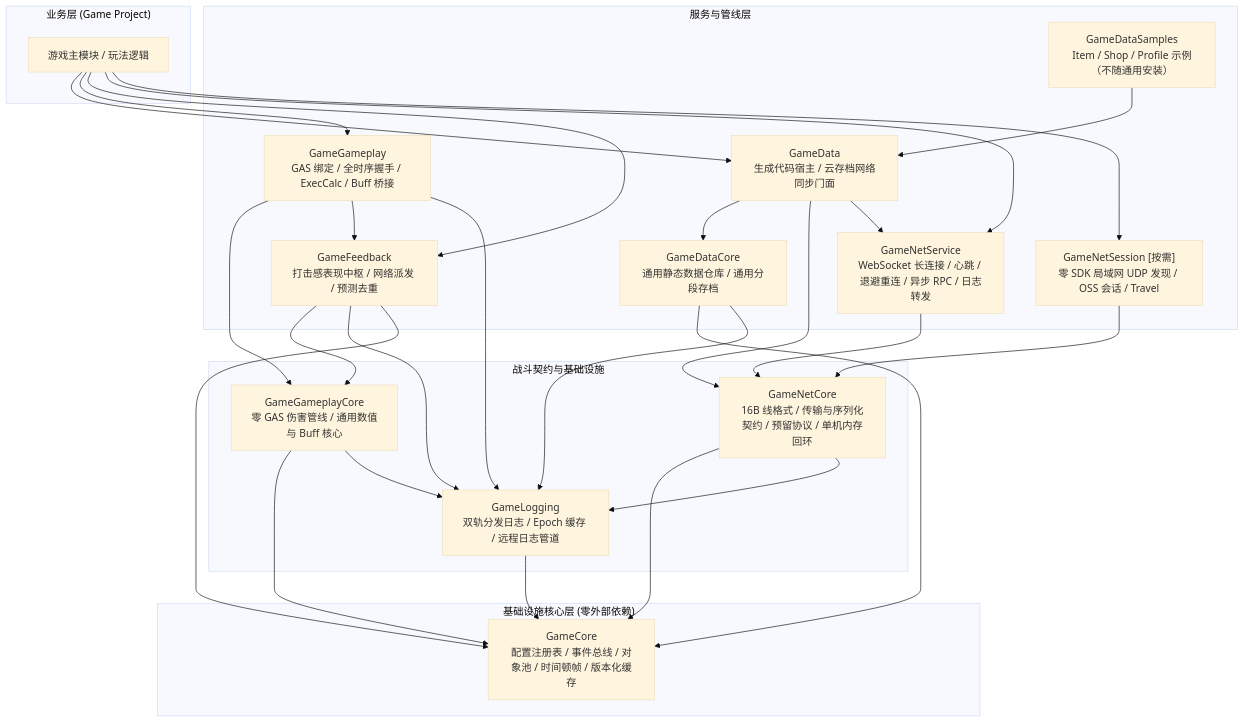
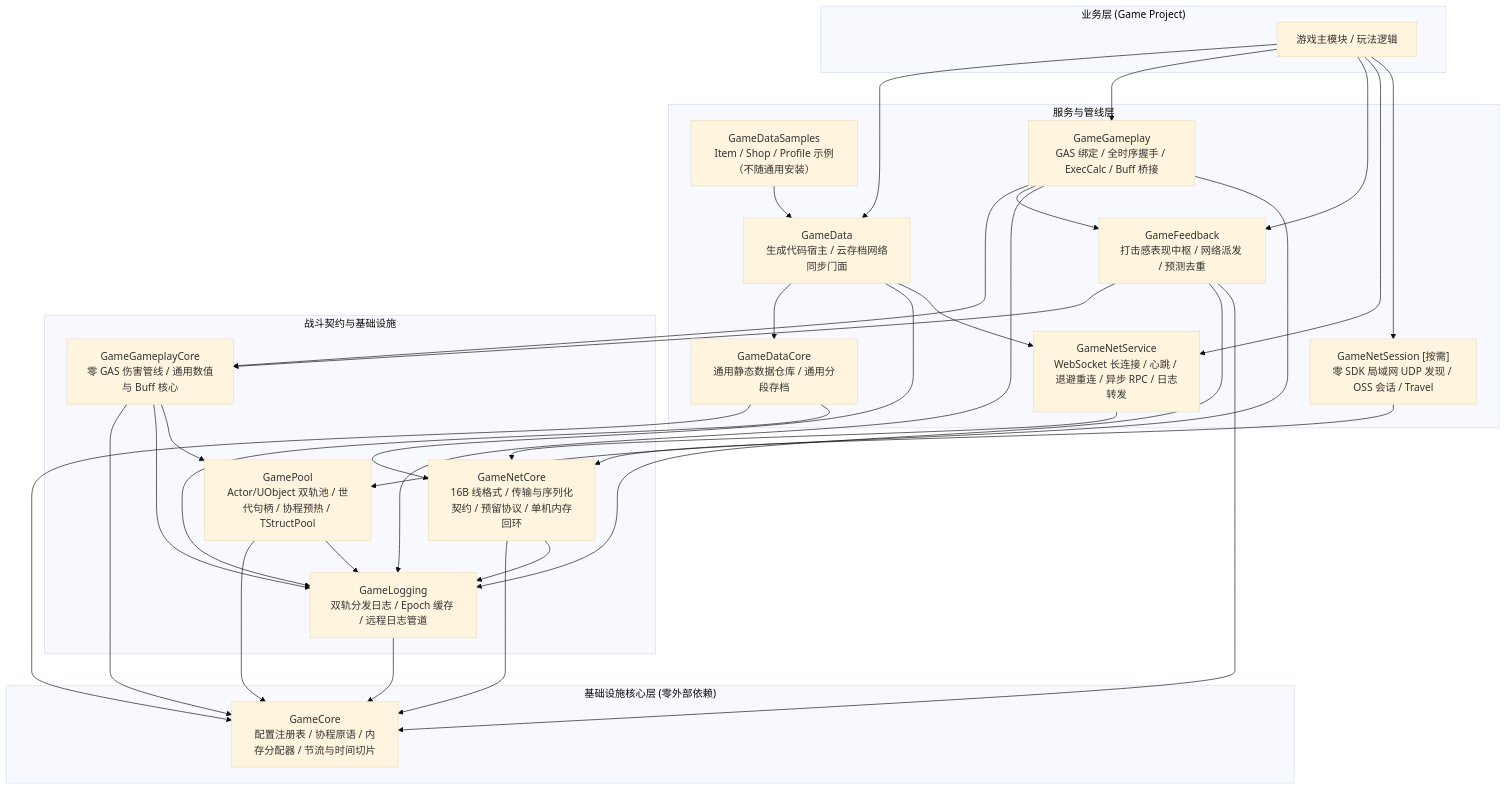
One commit to YIice-cwj/ue5-toolkit changed the diagram in README.md. Above: the diagram before and after it, drawn with Mermaid (base theme). The commit also changed other lines of this file and 2 other files, not shown here.

First line of the commit message:
docs(architecture): 对齐根 README、插件依赖矩阵与 GameGameplayCore 依赖文档

````diff
--- a/README.md
+++ b/README.md
@@ -20,51 +20,56 @@
 ```mermaid
 graph TD
     subgraph Layer3["业务层 (Game Project)"]
         MyGame["游戏主模块 / 玩法逻辑"]
     end
 
     subgraph Layer2["服务与管线层"]
         GameDataCore["GameDataCore<br>通用静态数据仓库 / 通用分段存档"]
         GameData["GameData<br>生成代码宿主 / 云存档网络同步门面"]
         GameDataSamples["GameDataSamples<br>Item / Shop / Profile 示例（不随通用安装）"]
         GameGameplay["GameGameplay<br>GAS 绑定 / 全时序握手 / ExecCalc / Buff 桥接"]
         GameFeedback["GameFeedback<br>打击感表现中枢 / 网络派发 / 预测去重"]
         GameNetService["GameNetService<br>WebSocket 长连接 / 心跳 / 退避重连 / 异步 RPC / 日志转发"]
         GameNetSession["GameNetSession [按需]<br>零 SDK 局域网 UDP 发现 / OSS 会话 / Travel"]
     end
 
     subgraph Layer1["战斗契约与基础设施"]
         GameGameplayCore["GameGameplayCore<br>零 GAS 伤害管线 / 通用数值与 Buff 核心"]
         GameNetCore["GameNetCore<br>16B 线格式 / 传输与序列化契约 / 预留协议 / 单机内存回环"]
+        GamePool["GamePool<br>Actor/UObject 双轨池 / 世代句柄 / 协程预热 / TStructPool"]
         GameLogging["GameLogging<br>双轨分发日志 / Epoch 缓存 / 远程日志管道"]
     end
 
     subgraph Layer0["基础设施核心层 (零外部依赖)"]
-        GameCore["GameCore<br>配置注册表 / 事件总线 / 对象池 / 时间顿帧 / 版本化缓存"]
+        GameCore["GameCore<br>配置注册表 / 协程原语 / 内存分配器 / 节流与时间切片"]
     end
 
     MyGame --> GameData
     MyGame --> GameGameplay
     MyGame --> GameFeedback
     MyGame --> GameNetService
     MyGame --> GameNetSession
     GameDataSamples --> GameData
     GameData --> GameDataCore
     GameData --> GameNetCore
     GameData --> GameNetService
     GameGameplay --> GameGameplayCore
     GameGameplay --> GameFeedback
     GameGameplay --> GameLogging
+    GameGameplay --> GamePool
     GameFeedback --> GameGameplayCore
     GameFeedback --> GameLogging
     GameFeedback --> GameCore
     GameNetService --> GameNetCore
     GameNetSession --> GameNetCore
     GameNetCore --> GameCore
     GameNetCore --> GameLogging
     GameGameplayCore --> GameCore
     GameGameplayCore --> GameLogging
+    GameGameplayCore --> GamePool
+    GamePool --> GameCore
+    GamePool --> GameLogging
     GameDataCore --> GameCore
     GameDataCore --> GameLogging
     GameLogging --> GameCore
 ```
````
